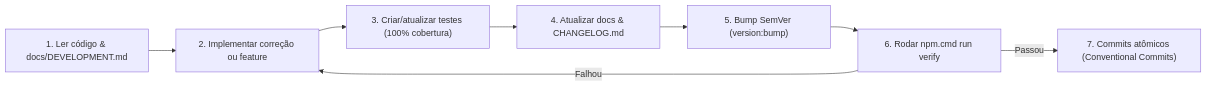
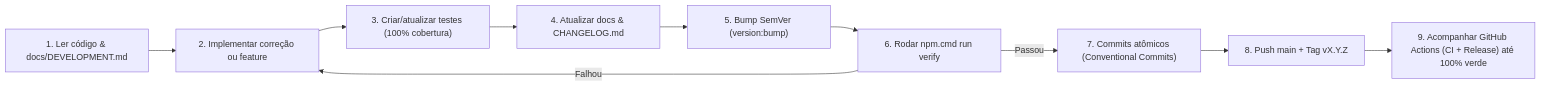
Before and after one commit to KaneeSell/Nexus: the diagram in docs/QUALITY_WORKFLOW.md, drawn with Mermaid. The commit also changed other lines of this file and 4 other files, not shown here.

Commit message:
docs: enforce push, release tagging and end-to-end GitHub Actions monitoring

````diff
--- a/docs/QUALITY_WORKFLOW.md
+++ b/docs/QUALITY_WORKFLOW.md
@@ -9,10 +9,12 @@
 ```mermaid
 flowchart LR
     A["1. Ler código & docs/DEVELOPMENT.md"] --> B["2. Implementar correção ou feature"]
     B --> C["3. Criar/atualizar testes (100% cobertura)"]
     C --> D["4. Atualizar docs & CHANGELOG.md"]
     D --> E["5. Bump SemVer (version:bump)"]
     E --> F["6. Rodar npm.cmd run verify"]
     F -->|Falhou| B
     F -->|Passou| G["7. Commits atômicos (Conventional Commits)"]
+    G --> H["8. Push main + Tag vX.Y.Z"]
+    H --> I["9. Acompanhar GitHub Actions (CI + Release) até 100% verde"]
 ```
````
